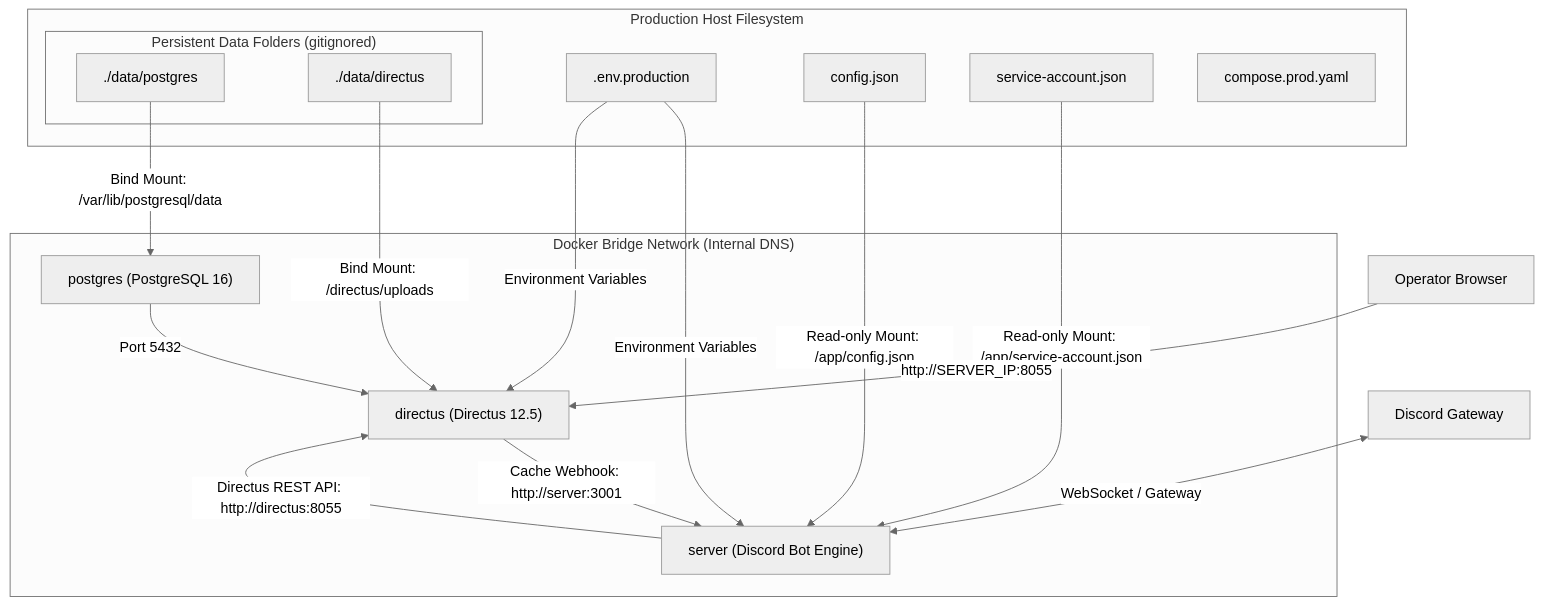
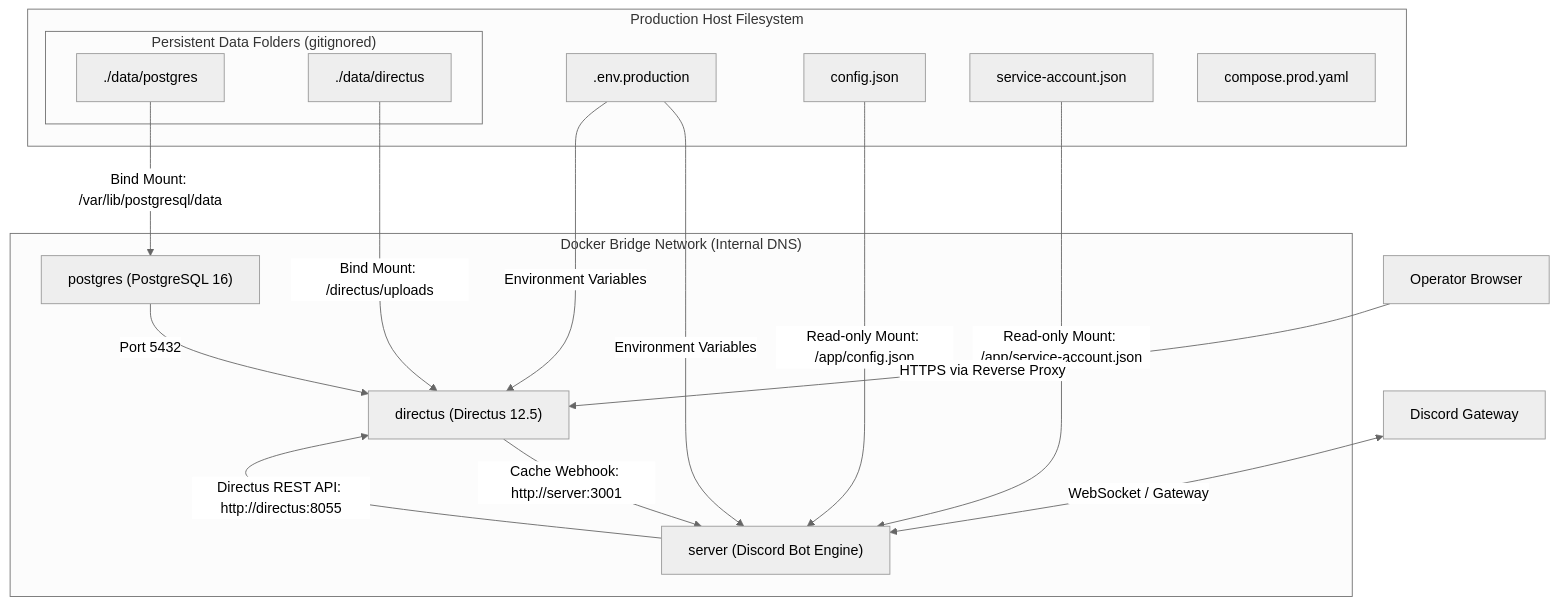
Before and after one commit to nthungdev/discord-bot: the diagram in docs/production-deployment-guide.md, drawn with Mermaid (neutral theme). The commit also changed other lines of this file and 1 other file, not shown here.

````diff
--- a/docs/production-deployment-guide.md
+++ b/docs/production-deployment-guide.md
@@ -11,32 +11,32 @@
 ```mermaid
 flowchart TD
     subgraph Host ["Production Host Filesystem"]
         subgraph DataDir ["Persistent Data Folders (gitignored)"]
             PGData["./data/postgres"]
             DirectusData["./data/directus"]
         end
         EnvFile[".env.production"]
         ConfigJSON["config.json"]
         ServiceAccount["service-account.json"]
         ComposeProd["compose.prod.yaml"]
     end
 
     subgraph DockerNet ["Docker Bridge Network (Internal DNS)"]
         Postgres["postgres (PostgreSQL 16)"]
         Directus["directus (Directus 12.5)"]
         Bot["server (Discord Bot Engine)"]
 
         PGData -->|Bind Mount: /var/lib/postgresql/data| Postgres
         DirectusData -->|Bind Mount: /directus/uploads| Directus
         ConfigJSON -->|Read-only Mount: /app/config.json| Bot
         ServiceAccount -->|Read-only Mount: /app/service-account.json| Bot
         EnvFile -->|Environment Variables| Bot & Directus
 
         Postgres -->|Port 5432| Directus
         Directus -->|Cache Webhook: http://server:3001| Bot
         Bot -->|Directus REST API: http://directus:8055| Directus
     end
 
-    Operator["Operator Browser"] -->|http://SERVER_IP:8055| Directus
+    Operator["Operator Browser"] -->|HTTPS via Reverse Proxy| Directus
     Discord["Discord Gateway"] <-->|WebSocket / Gateway| Bot
 ```
````
